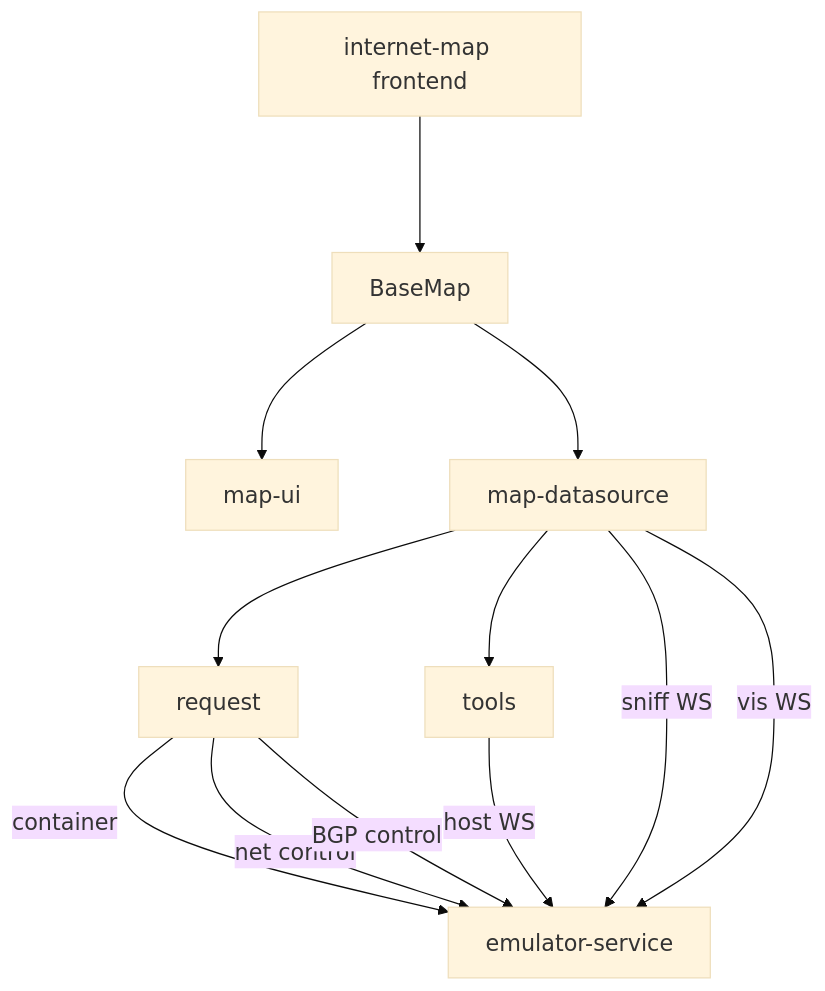
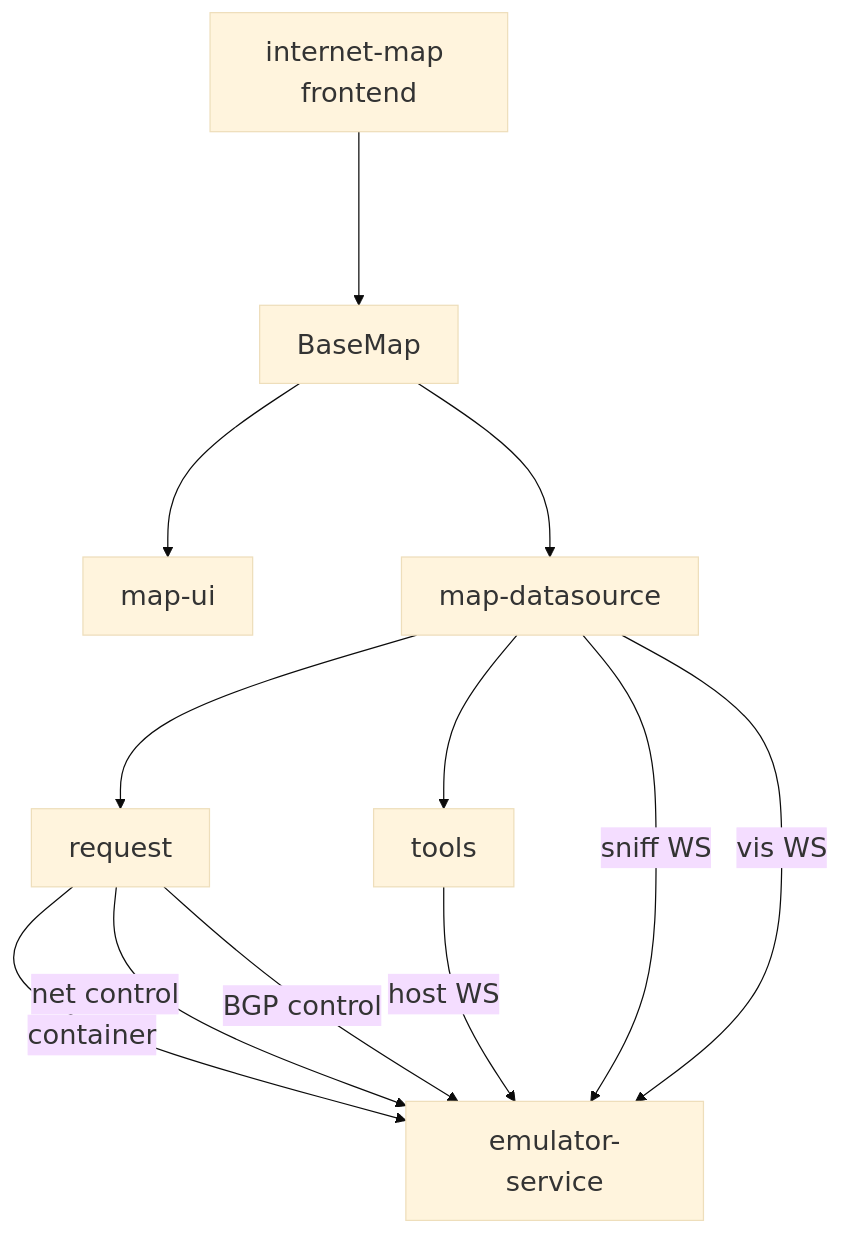
Before and after one commit to cy-gitlab/seed-visualization: the tenth of 10 diagrams in docs/architecture.md, drawn with Mermaid. The commit also changed other lines of this file, not shown here.

````diff
--- a/docs/architecture.md
+++ b/docs/architecture.md
@@ -298,23 +428,23 @@
 ```mermaid
-%%{init: {"theme": "base", "themeVariables": {"fontSize": "18px", "fontFamily": "Arial, Microsoft YaHei, sans-serif"}, "flowchart": {"htmlLabels": true, "nodeSpacing": 90, "rankSpacing": 110, "curve": "basis"}} }%%
+%%{init: {"theme": "base", "themeVariables": {"fontSize": "22px", "fontFamily": "Arial, Microsoft YaHei, sans-serif"}, "flowchart": {"htmlLabels": true, "nodeSpacing": 120, "rankSpacing": 140, "diagramPadding": 36, "wrappingWidth": 180, "curve": "basis"}} }%%
 flowchart TB
   MapApp["internet-map frontend"]
   BaseMap["BaseMap"]
   MapUI["map-ui"]
   DataSource["map-datasource"]
   Tools["tools"]
   Request["request"]
 
   MapApp --> BaseMap
   BaseMap --> MapUI
   BaseMap --> DataSource
   DataSource --> Request
   DataSource --> Tools
 
   Request -->|"container"| EmulatorService["emulator-service"]
   Request -->|"net control"| EmulatorService
   Request -->|"BGP control"| EmulatorService
   Tools -->|"host WS"| EmulatorService
   DataSource -->|"sniff WS"| EmulatorService
   DataSource -->|"vis WS"| EmulatorService
 ```
````
